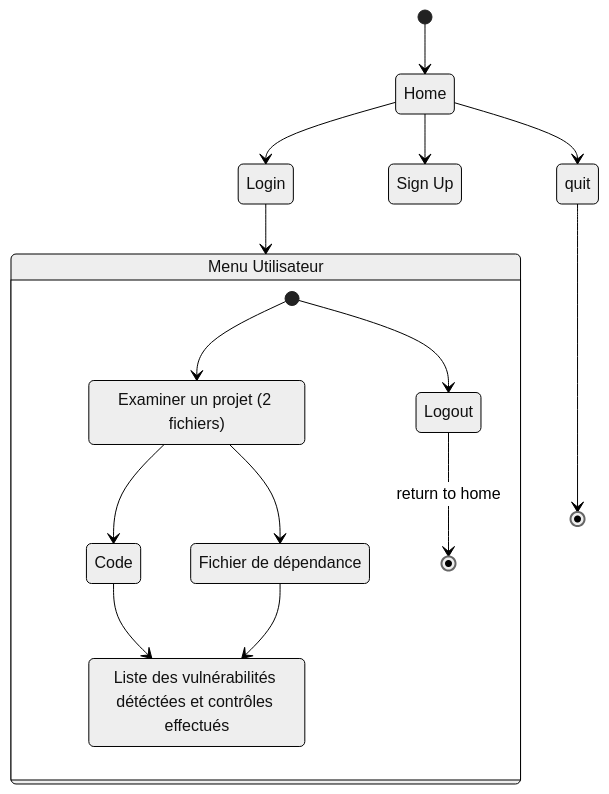
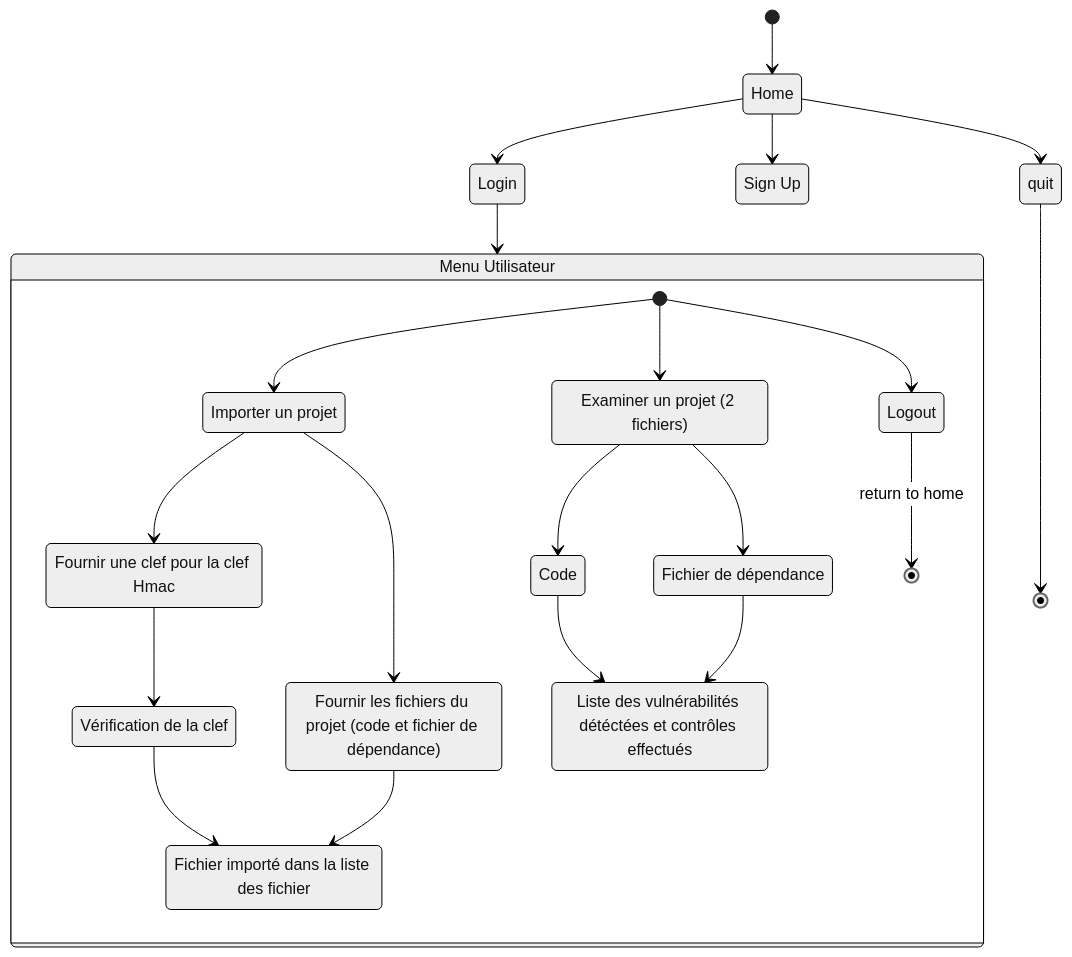
Before and after one commit to galahade-ncl/ensai-it-project-2a-team34: the diagram in doc/activity_diagram.md, drawn with Mermaid (neutral theme).

Commit message:
feat : diagramme d'activité - ajout de l'import du projet

````diff
--- a/doc/activity_diagram.md
+++ b/doc/activity_diagram.md
@@ -19,31 +19,42 @@
 ```mermaid
 stateDiagram
     login : Login
     menu_player : Menu Utilisateur
     signup : Sign Up
+    ajout_projet : Importer un projet
+    fournir_clef : Fournir une clef pour la clef Hmac
+    check_clef : Vérification de la clef
+    fournir_fichiers : Fournir les fichiers du projet (code et fichier de dépendance)
+    liste_fichier : Fichier importé dans la liste des fichier
     code_check : Examiner un projet (2 fichiers)
     fichier_1 : Code
     fichier_2 : Fichier de dépendance
     vulnerability_list : Liste des vulnérabilités détéctées et contrôles effectués
     logout : Logout
-    
+
     [*] --> Home
-    
+
     Home --> login
     login --> menu_player
-    
+
     Home --> signup
-    
+
     Home --> quit
     quit --> [*]
-    
+
     state menu_player {
-    	[*] --> code_check
+        [*] --> ajout_projet
+        ajout_projet --> fournir_clef
+        fournir_clef --> check_clef
+        check_clef --> liste_fichier
+        ajout_projet --> fournir_fichiers
+        fournir_fichiers --> liste_fichier
+        [*] --> code_check
         code_check --> fichier_1
-          fichier_1 --> vulnerability_list
+        fichier_1 --> vulnerability_list
         code_check --> fichier_2
-          fichier_2 --> vulnerability_list
-    	[*] --> logout
+        fichier_2 --> vulnerability_list
+        [*] --> logout
         logout --> [*]: return to home
     }
 ```
````
